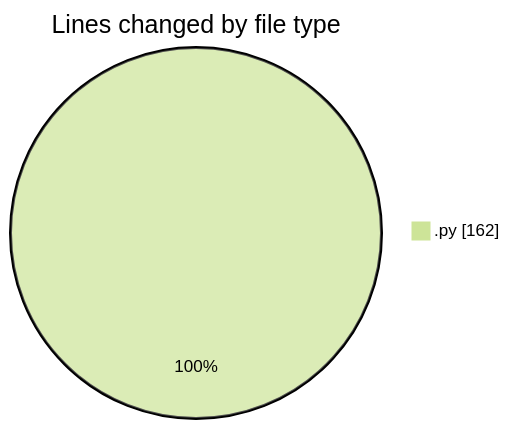
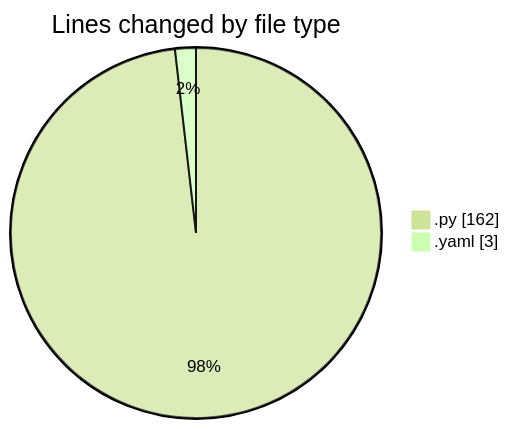
The first of 2 diagrams in 2025-03-09/myws__workspace_/README.md (MatusMokan/code-tracking), drawn with Mermaid (forest theme) before and after one commit. The commit also changed other lines of this file and 1 other file, not shown here.

````diff
--- a/2025-03-09/myws__workspace_/README.md
+++ b/2025-03-09/myws__workspace_/README.md
@@ -20,5 +21,6 @@
 ```mermaid
 pie showData
 title Lines changed by file type
 ".py" : 162
+".yaml" : 3
 ```
````
